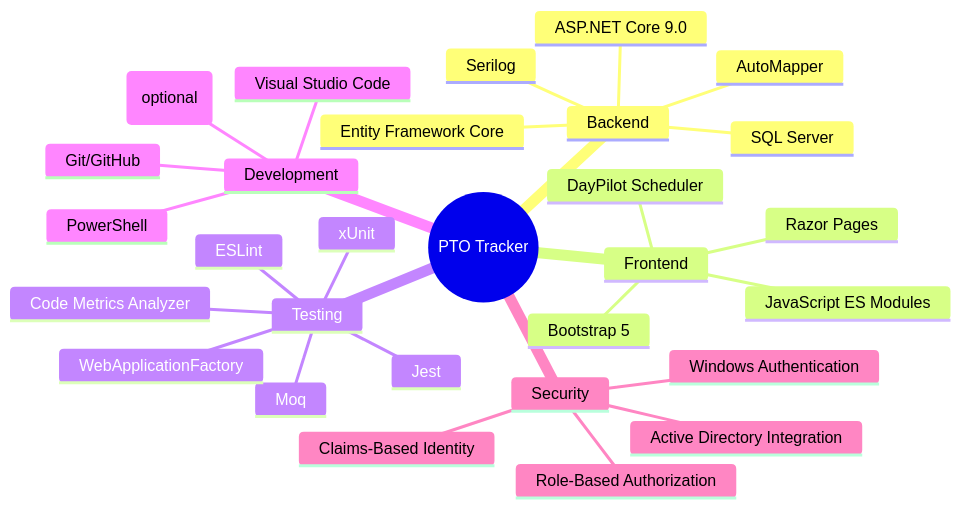
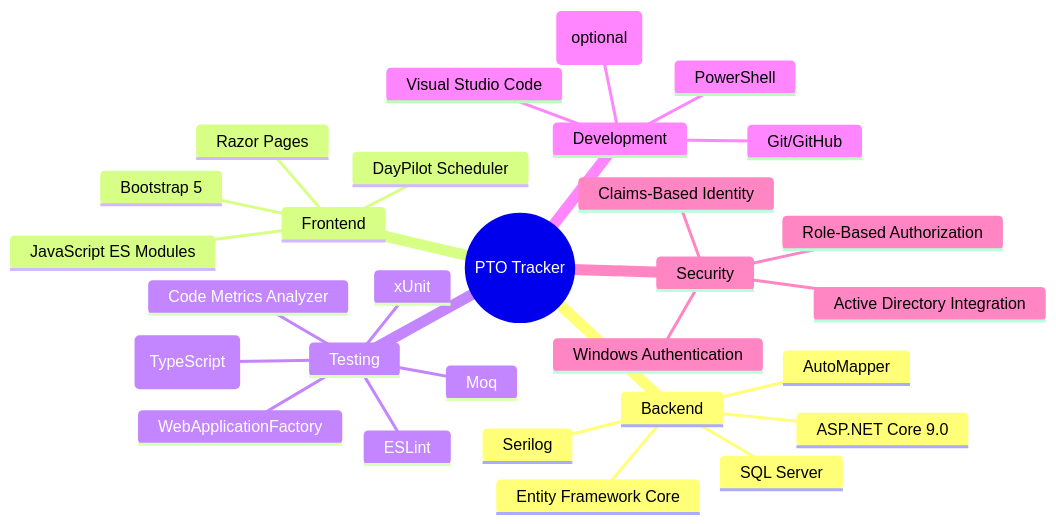
Before and after one commit to spinriko/calendar: the diagram in docs/arch/TECH_STACK.md, drawn with Mermaid. The commit also changed 16 other files, not shown here.

Commit message:
Convert JavaScript tests to TypeScript and update documentation

````diff
--- a/docs/arch/TECH_STACK.md
+++ b/docs/arch/TECH_STACK.md
@@ -5,32 +5,32 @@
 ```mermaid
 mindmap
     root((PTO Tracker))
         Backend
             ASP.NET Core 9.0
             Entity Framework Core
             SQL Server
             AutoMapper
             Serilog
         Frontend
             Razor Pages
             DayPilot Scheduler
             JavaScript ES Modules
             Bootstrap 5
         Testing
             xUnit
-            Jest
+            Jest (TypeScript)
             Moq
             WebApplicationFactory
             ESLint
             Code Metrics Analyzer
         Development
             Visual Studio Code
             Git/GitHub
             PowerShell
             Docker (optional)
         Security
             Windows Authentication
             Active Directory Integration
             Role-Based Authorization
             Claims-Based Identity
 ```
````
